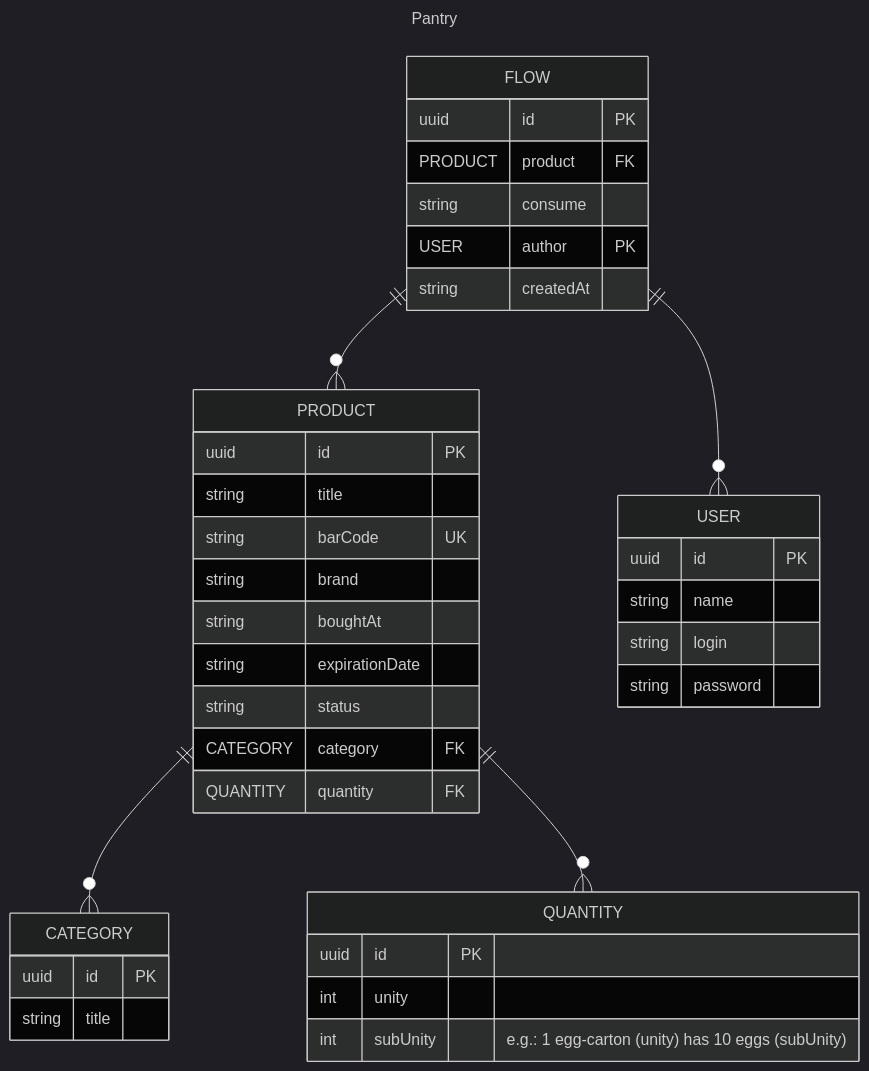
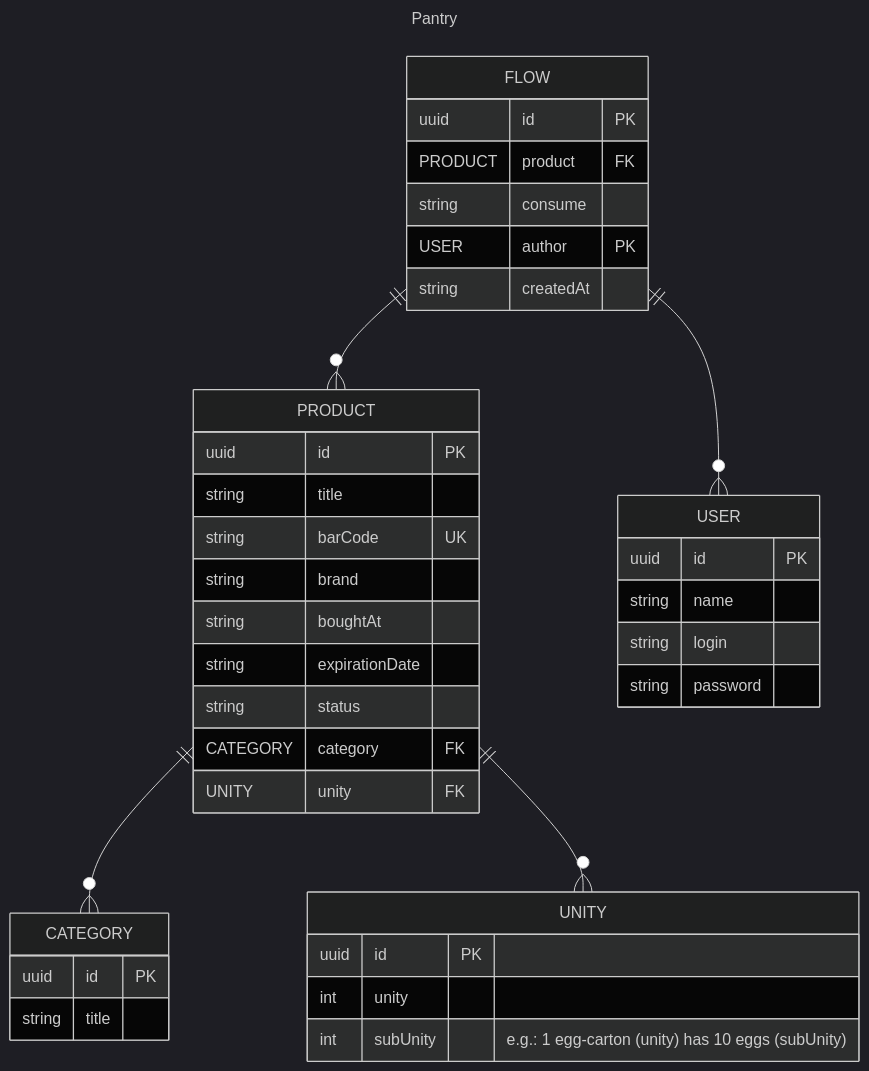
The diagram in README.md (andr-marc/despensa), drawn with Mermaid (dark theme) before and after one commit. The commit also changed 35 other files, not shown here.

Commit message:
add: crud category | crud product | crud user | security | profiles | swagger refact: quantity rename to unity

````diff
--- a/README.md
+++ b/README.md
@@ -15,48 +15,48 @@
 ```mermaid
 ---
 title: Pantry
 ---
 erDiagram
     PRODUCT ||--o{ CATEGORY : ""
-    PRODUCT ||--o{ QUANTITY : ""
+    PRODUCT ||--o{ UNITY : ""
     FLOW ||--o{ PRODUCT : ""
     FLOW ||--o{ USER : ""
     PRODUCT {
         uuid id PK
         string title
         string barCode UK
         string brand
         string boughtAt
         string expirationDate
         string status
         CATEGORY category FK
-        QUANTITY quantity FK
+        UNITY unity FK
     }
 
     CATEGORY {
         uuid id PK
         string title
     }
 
 
-    QUANTITY {
+    UNITY {
         uuid id PK
         int unity 
         int subUnity "e.g.: 1 egg-carton (unity) has 10 eggs (subUnity)"
     }
 
     USER {
         uuid id PK
         string name
         string login
         string password
     }
 
     FLOW {
         uuid id PK
         PRODUCT product FK
         string consume
         USER author PK
         string createdAt
     }
 ```
````
